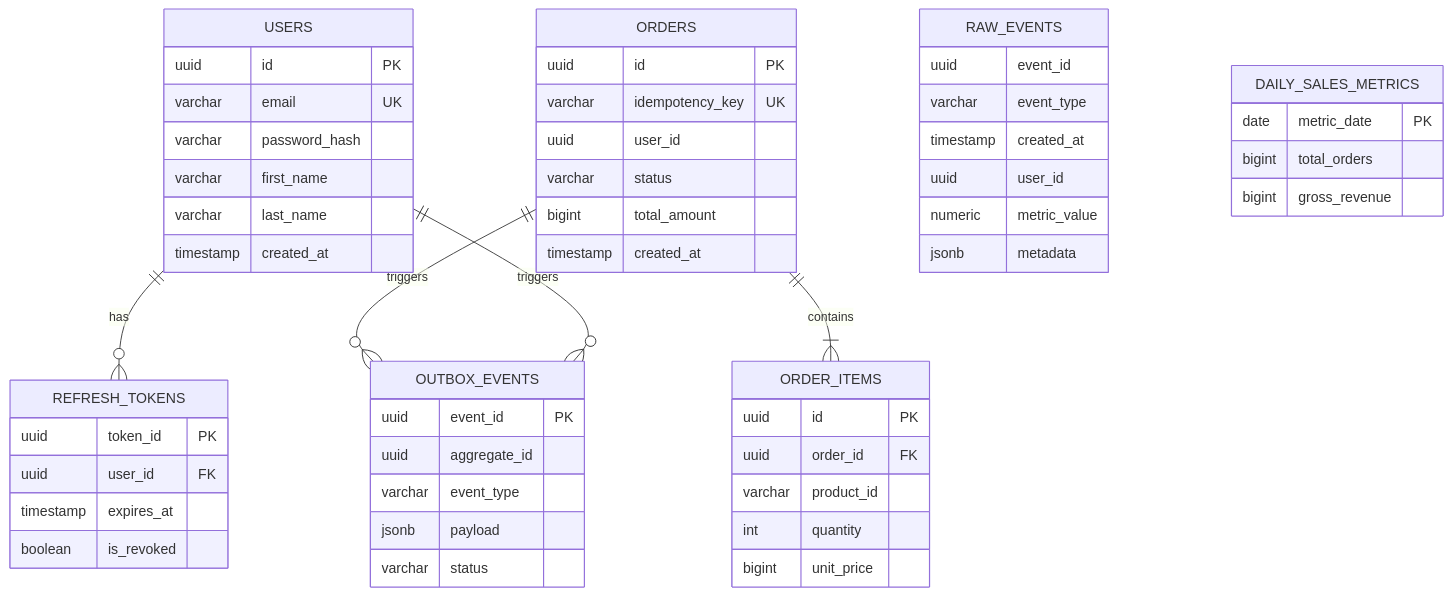
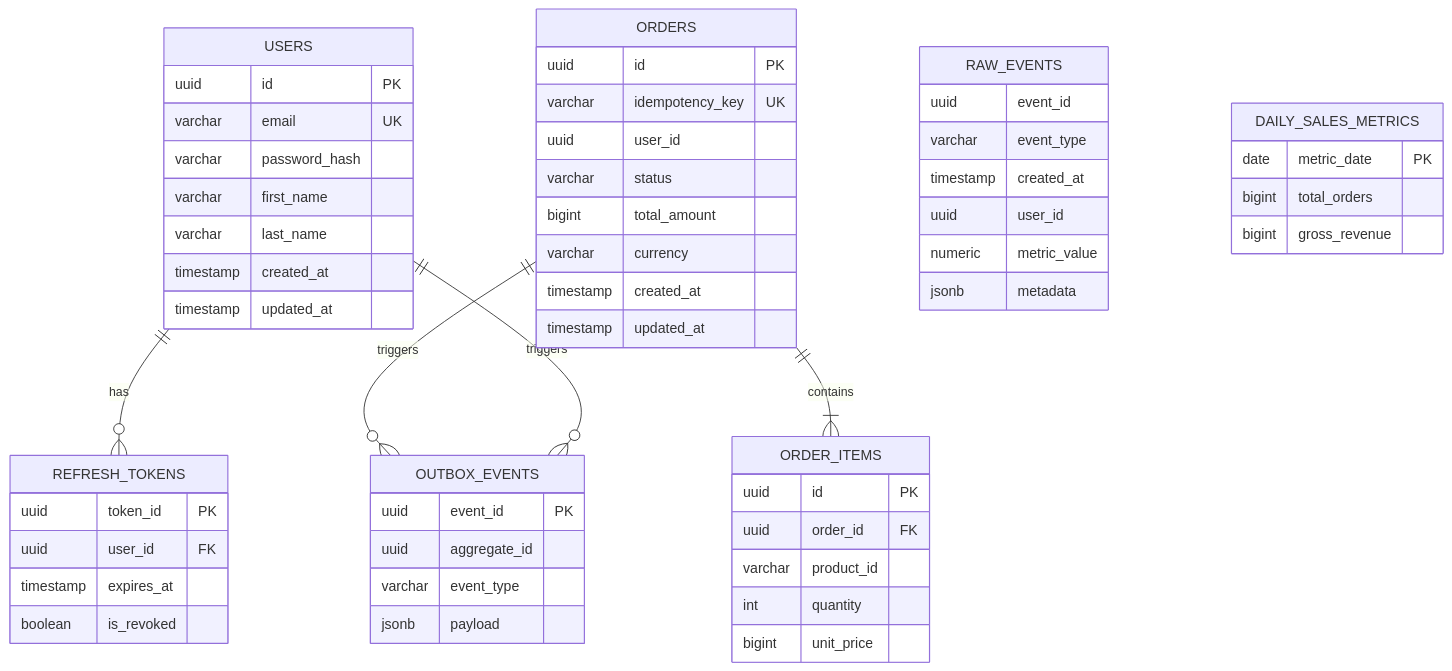
The diagram in docs/database/database-design.md (sandroeric/microservices-event-engine), drawn with Mermaid before and after one commit. The commit also changed other lines of this file, not shown here.

First line of the commit message:
docs(database): enhance database architecture specification

````diff
--- a/docs/database/database-design.md
+++ b/docs/database/database-design.md
@@ -17,63 +17,65 @@
 ```mermaid
 erDiagram
     %% User Service Local Schema
     USERS {
         uuid id PK
         varchar email UK
         varchar password_hash
         varchar first_name
         varchar last_name
         timestamp created_at
+        timestamp updated_at
     }
     REFRESH_TOKENS {
         uuid token_id PK
         uuid user_id FK
         timestamp expires_at
         boolean is_revoked
     }
     USERS ||--o{ REFRESH_TOKENS : has
 
     %% Order Service Local Schema
     ORDERS {
         uuid id PK
         varchar idempotency_key UK
         uuid user_id
         varchar status
         bigint total_amount
+        varchar currency
         timestamp created_at
+        timestamp updated_at
     }
     ORDER_ITEMS {
         uuid id PK
         uuid order_id FK
         varchar product_id
         int quantity
         bigint unit_price
     }
     ORDERS ||--|{ ORDER_ITEMS : contains
 
     %% Standard Outbox Table (Per Service)
     OUTBOX_EVENTS {
         uuid event_id PK
         uuid aggregate_id
         varchar event_type
         jsonb payload
-        varchar status
     }
     ORDERS ||--o{ OUTBOX_EVENTS : triggers
     USERS ||--o{ OUTBOX_EVENTS : triggers
 
     %% Analytics Service Local Schema
     RAW_EVENTS {
         uuid event_id
         varchar event_type
         timestamp created_at
         uuid user_id
         numeric metric_value
         jsonb metadata
     }
     DAILY_SALES_METRICS {
         date metric_date PK
         bigint total_orders
         bigint gross_revenue
     }
 ```
````
